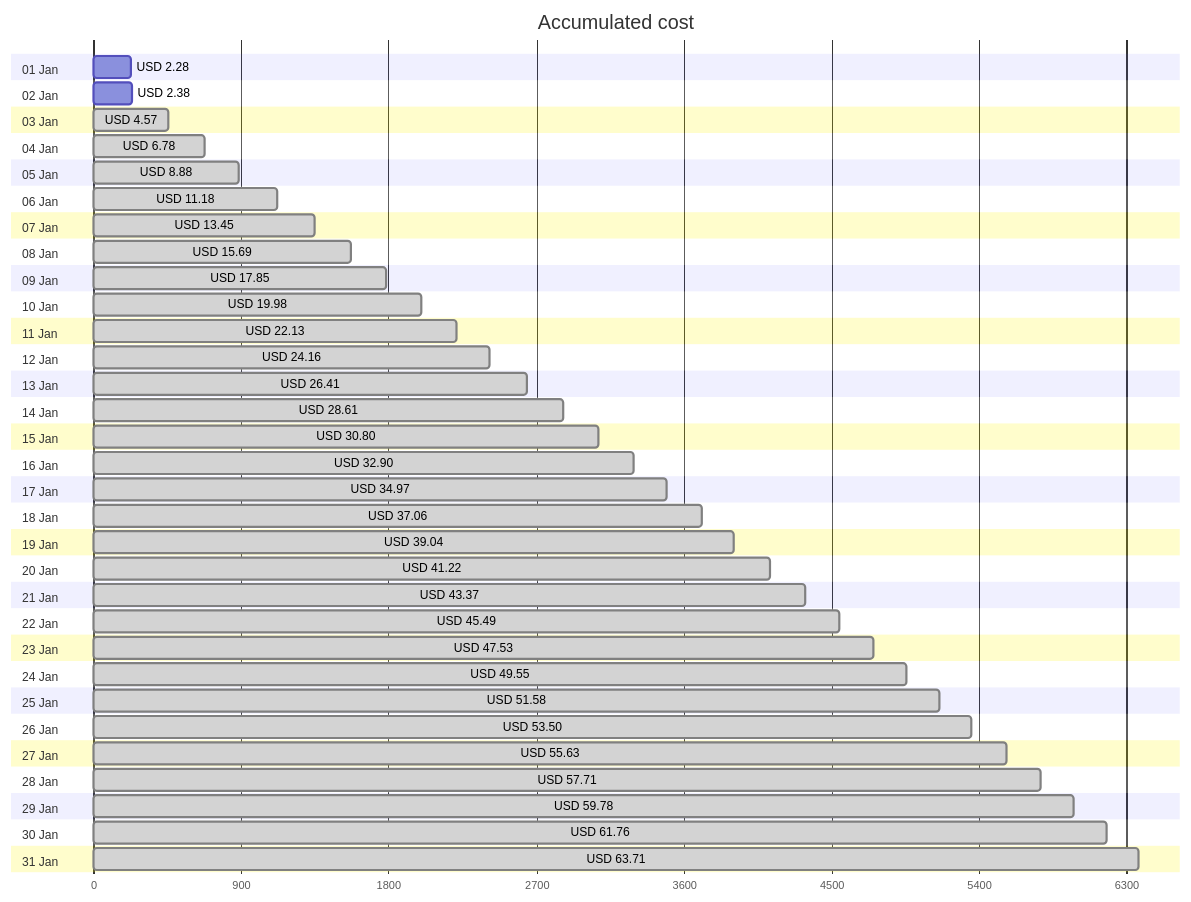
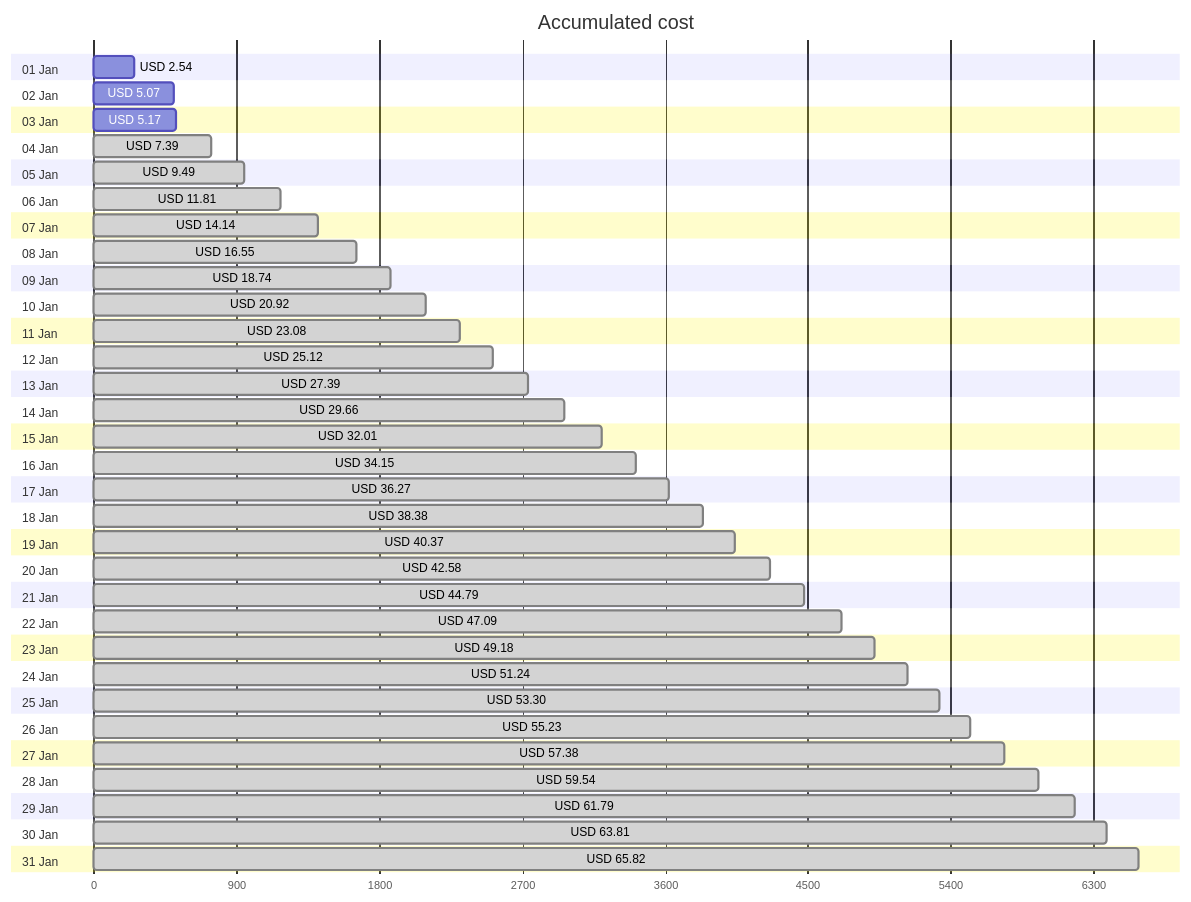
The first of 4 diagrams in cost-reports/accumulated-cost.md (jpfulton/azure-personal-reports), drawn with Mermaid before and after one commit. The commit also changed other lines of this file and 4 other files, not shown here.

````diff
--- a/cost-reports/accumulated-cost.md
+++ b/cost-reports/accumulated-cost.md
@@ -20,68 +20,68 @@
 ```mermaid
 gantt
    title Accumulated cost
    dateFormat  X
    axisFormat %s
    section 01 Jan
-   USD 2.28 :0, 228
+   USD 2.54 :0, 254
    section 02 Jan
-   USD 2.38 :0, 238
+   USD 5.07 :0, 507
    section 03 Jan
-   USD 4.57 : done, 0, 457
+   USD 5.17 :0, 517
    section 04 Jan
-   USD 6.78 : done, 0, 678
+   USD 7.39 : done, 0, 739
    section 05 Jan
-   USD 8.88 : done, 0, 888
+   USD 9.49 : done, 0, 949
    section 06 Jan
-   USD 11.18 : done, 0, 1118
+   USD 11.81 : done, 0, 1181
    section 07 Jan
-   USD 13.45 : done, 0, 1345
+   USD 14.14 : done, 0, 1414
    section 08 Jan
-   USD 15.69 : done, 0, 1569
+   USD 16.55 : done, 0, 1655
    section 09 Jan
-   USD 17.85 : done, 0, 1785
+   USD 18.74 : done, 0, 1874
    section 10 Jan
-   USD 19.98 : done, 0, 1998
+   USD 20.92 : done, 0, 2092
    section 11 Jan
-   USD 22.13 : done, 0, 2213
+   USD 23.08 : done, 0, 2308
    section 12 Jan
-   USD 24.16 : done, 0, 2416
+   USD 25.12 : done, 0, 2512
    section 13 Jan
-   USD 26.41 : done, 0, 2641
+   USD 27.39 : done, 0, 2739
    section 14 Jan
-   USD 28.61 : done, 0, 2861
+   USD 29.66 : done, 0, 2966
    section 15 Jan
-   USD 30.80 : done, 0, 3080
+   USD 32.01 : done, 0, 3201
    section 16 Jan
-   USD 32.90 : done, 0, 3290
+   USD 34.15 : done, 0, 3415
    section 17 Jan
-   USD 34.97 : done, 0, 3497
+   USD 36.27 : done, 0, 3627
    section 18 Jan
-   USD 37.06 : done, 0, 3706
+   USD 38.38 : done, 0, 3838
    section 19 Jan
-   USD 39.04 : done, 0, 3904
+   USD 40.37 : done, 0, 4037
    section 20 Jan
-   USD 41.22 : done, 0, 4122
+   USD 42.58 : done, 0, 4258
    section 21 Jan
-   USD 43.37 : done, 0, 4337
+   USD 44.79 : done, 0, 4479
    section 22 Jan
-   USD 45.49 : done, 0, 4549
+   USD 47.09 : done, 0, 4709
    section 23 Jan
-   USD 47.53 : done, 0, 4753
+   USD 49.18 : done, 0, 4918
    section 24 Jan
-   USD 49.55 : done, 0, 4955
+   USD 51.24 : done, 0, 5124
    section 25 Jan
-   USD 51.58 : done, 0, 5158
+   USD 53.30 : done, 0, 5330
    section 26 Jan
-   USD 53.50 : done, 0, 5350
+   USD 55.23 : done, 0, 5523
    section 27 Jan
-   USD 55.63 : done, 0, 5563
+   USD 57.38 : done, 0, 5738
    section 28 Jan
-   USD 57.71 : done, 0, 5771
+   USD 59.54 : done, 0, 5954
    section 29 Jan
-   USD 59.78 : done, 0, 5978
+   USD 61.79 : done, 0, 6179
    section 30 Jan
-   USD 61.76 : done, 0, 6176
+   USD 63.81 : done, 0, 6381
    section 31 Jan
-   USD 63.71 : done, 0, 6371
+   USD 65.82 : done, 0, 6582
 ```
````
